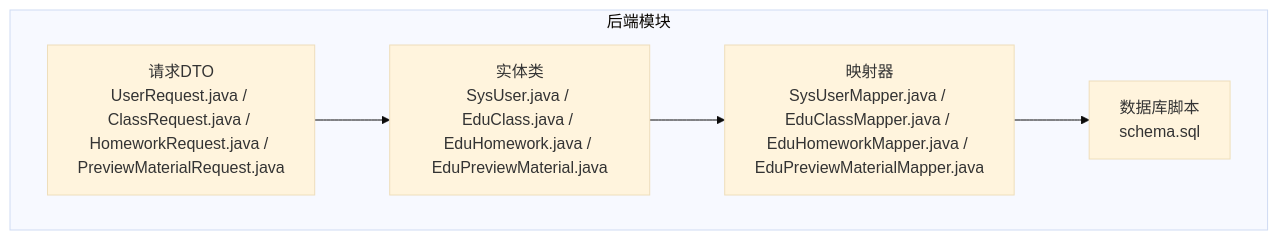
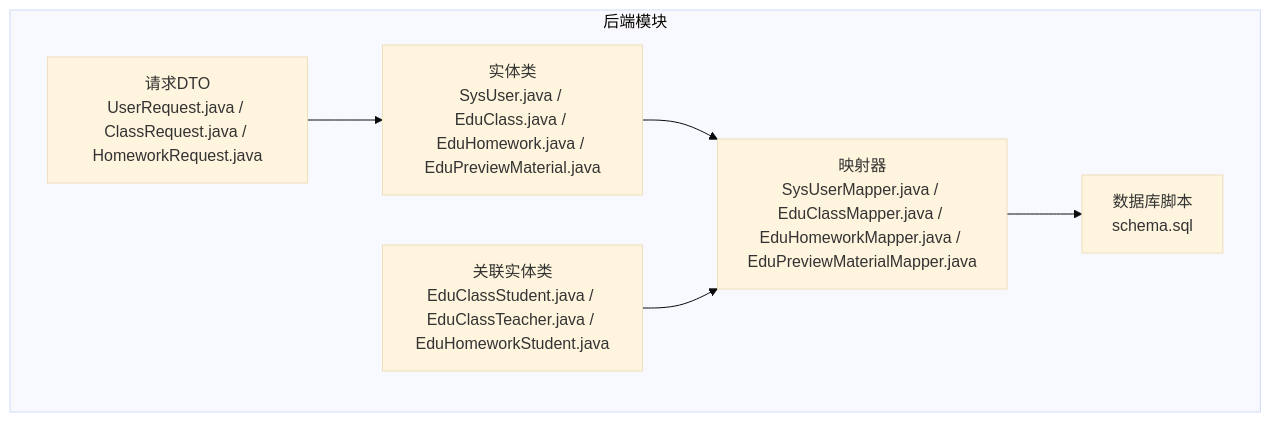
The first of 5 diagrams in .qoder/repowiki/zh/content/数据库设计/表结构设计.md (Jian9527/HelenEdu), drawn with Mermaid (base theme) before and after one commit. The commit also changed other lines of this file and 41 other files, not shown here.

````diff
--- a/.qoder/repowiki/zh/content/数据库设计/表结构设计.md
+++ b/.qoder/repowiki/zh/content/数据库设计/表结构设计.md
@@ -43,12 +57,14 @@
 ```mermaid
 graph TB
 subgraph "后端模块"
 E1["实体类<br/>SysUser.java / EduClass.java / EduHomework.java / EduPreviewMaterial.java"]
+E2["关联实体类<br/>EduClassStudent.java / EduClassTeacher.java / EduHomeworkStudent.java"]
 M1["映射器<br/>SysUserMapper.java / EduClassMapper.java / EduHomeworkMapper.java / EduPreviewMaterialMapper.java"]
-D1["请求DTO<br/>UserRequest.java / ClassRequest.java / HomeworkRequest.java / PreviewMaterialRequest.java"]
+D1["请求DTO<br/>UserRequest.java / ClassRequest.java / HomeworkRequest.java"]
 S1["数据库脚本<br/>schema.sql"]
 end
 E1 --> M1
+E2 --> M1
 D1 --> E1
 M1 --> S1
 ```
````
